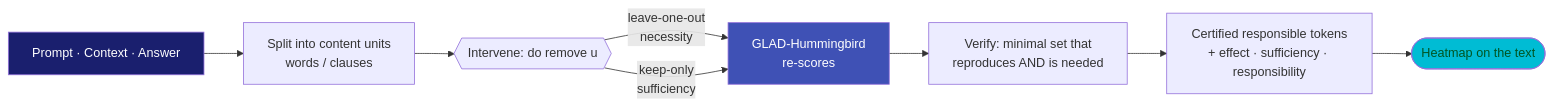
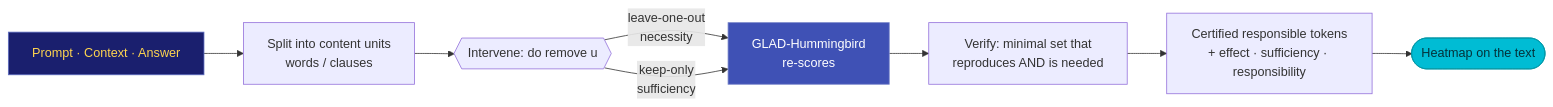
One commit to geodesia-ai/geodesia-docs changed the diagram in docs/g1-proxy/causal-xai.md. Above: the diagram before and after it, drawn with Mermaid. The commit also changed 1 other file, not shown here.

Commit message:
docs(causal-xai): l'etichetta del nodo la si deve poter leggere
Material inietta nell'SVG una regola `.nodeLabel { color: ... }` che
sovrascriveva il `color:#fff` degli `style` inline: in tema chiaro il
testo tornava grigio scuro sul blu notte del nodo "Prompt · Context ·
Answer", illeggibile. I tre nodi colorati passano a `classDef` con un
colore di etichetta esplicito (ambra sul blu notte, bianco sull'indaco,
verde-petrolio scuro sul ciano) e extra.css lo fissa con la specificita'
necessaria, cosi' il colore e' lo stesso da qualunque lato vinca la
cascata.

````diff
--- a/docs/g1-proxy/causal-xai.md
+++ b/docs/g1-proxy/causal-xai.md
@@ -77,13 +77,16 @@
 ```mermaid
 flowchart LR
     A[Prompt · Context · Answer] --> B[Split into content units<br/>words / clauses]
     B --> C{{Intervene: do remove u}}
     C -->|leave-one-out<br/>necessity| D[GLAD-Hummingbird<br/>re-scores]
     C -->|keep-only<br/>sufficiency| D
     D --> E[Verify: minimal set that<br/>reproduces AND is needed]
     E --> F[Certified responsible tokens<br/>+ effect · sufficiency · responsibility]
     F --> G([Heatmap on the text])
-    style A fill:#1a1f6e,color:#fff
-    style D fill:#3f51b5,color:#fff
-    style G fill:#00bcd4,color:#052
+    classDef gdInput fill:#1a1f6e,stroke:#5c6bc0,color:#ffd54f
+    classDef gdCore  fill:#3f51b5,stroke:#7986cb,color:#ffffff
+    classDef gdOut   fill:#00bcd4,stroke:#0097a7,color:#04323a
+    class A gdInput
+    class D gdCore
+    class G gdOut
 ```
````
